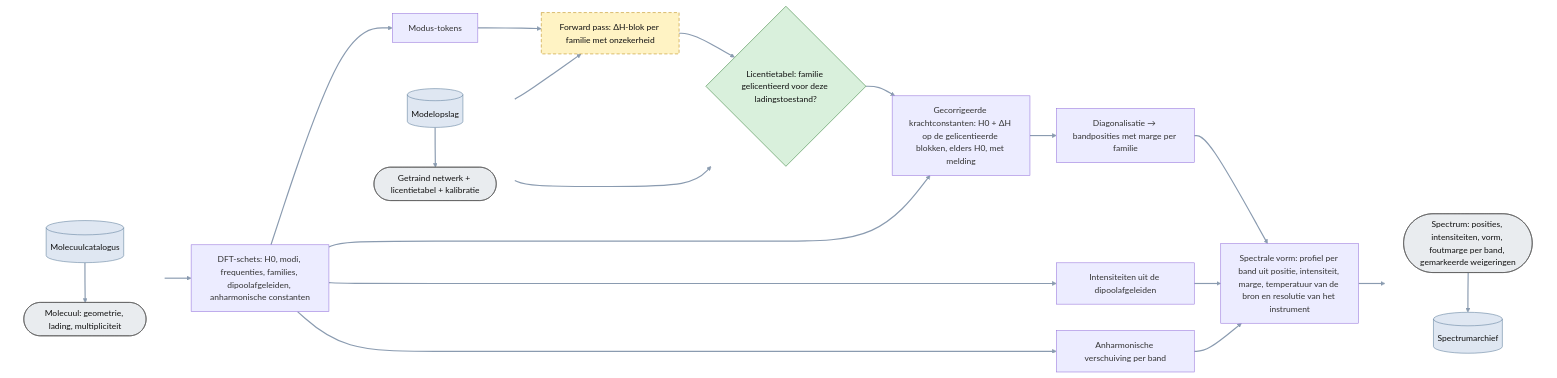
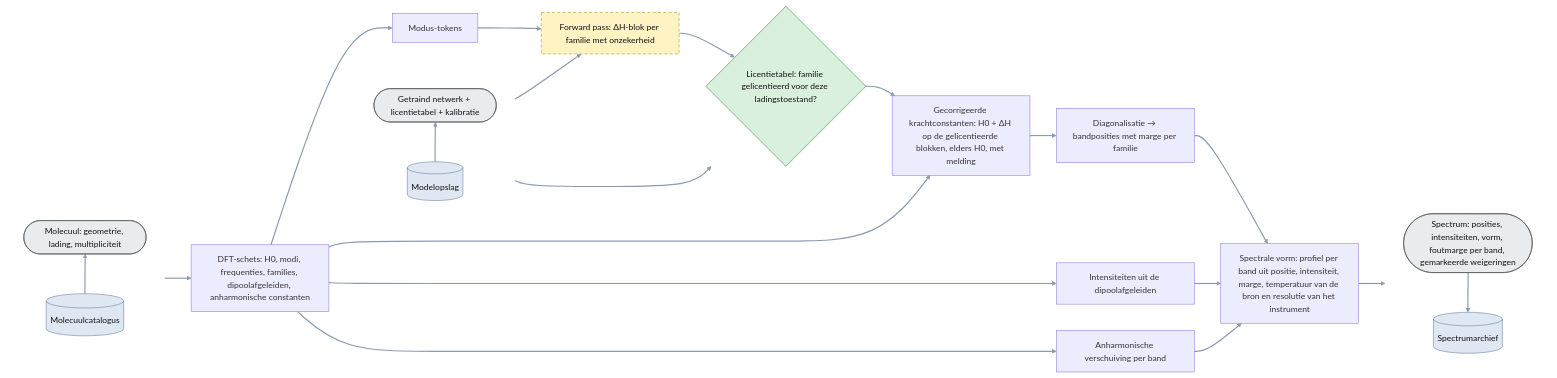
Before and after one commit to thebreadishard/udacity-capstone-plan: the diagram in plans/05_delta-probed-ir-pipeline/GoalGathering/architecture/30_pipeline.mmd, drawn with Mermaid. The commit also changed 5 other files, not shown here.

Commit message:
Plan 05 architecture: input stores drawn below their data objects with the arrow pointing up (direction BT), output stores below with the arrow down; all sheets

```diff
--- a/plans/05_delta-probed-ir-pipeline/GoalGathering/architecture/30_pipeline.mmd
+++ b/plans/05_delta-probed-ir-pipeline/GoalGathering/architecture/30_pipeline.mmd
@@ -1,51 +1,51 @@
 %% Pipeline (niveau 3): wat er staat als onderzoek en training klaar zijn. Een molecuul zonder laboratoriumspectrum in, een spectrum met foutmarge uit.
 %% Rechthoek = processtap; ronde uiteinden = data-object; cilinder = opslag (onder het data-object); ruit = poort. Gestippeld = nog niet gebouwd. De forward pass is één figuurtje.
 flowchart LR
   linkStyle default stroke:#8a9bb0,stroke-width:2.2px
   classDef planned stroke-dasharray: 6 4,stroke:#b8860b,fill:#fff3c4,color:#111
   classDef data fill:#e9ecef,stroke:#555,color:#111
   classDef gate fill:#d9f0dc,stroke:#2e7d32,color:#111
   classDef store fill:#dfe7f2,stroke:#5b7a99,color:#111
   classDef ext fill:#cfd8e3,stroke:#3d5a80,color:#111
 
   subgraph IN [" "]
-    direction TB
+    direction BT
     MOL(["Molecuul: geometrie, lading, multipliciteit"]):::data
     CAT[("Molecuulcatalogus")]:::store
     CAT --> MOL
   end
   SK["DFT-schets: H0, modi, frequenties, families, dipoolafgeleiden, anharmonische constanten"]
   TOK["Modus-tokens"]
   subgraph MD [" "]
-    direction TB
+    direction BT
     NETW(["Getraind netwerk + licentietabel + kalibratie"]):::data
     MODELS[("Modelopslag")]:::store
     MODELS --> NETW
   end
   FWD["Forward pass: ΔH-blok per familie met onzekerheid"]:::planned
   GATE{"Licentietabel: familie gelicentieerd voor deze ladingstoestand?"}:::gate
   APPLY["Gecorrigeerde krachtconstanten: H0 + ΔH op de gelicentieerde blokken, elders H0, met melding"]
   EIG["Diagonalisatie → bandposities met marge per familie"]
   INT["Intensiteiten uit de dipoolafgeleiden"]
   ANH["Anharmonische verschuiving per band"]
   SHAPE["Spectrale vorm: profiel per band uit positie, intensiteit, marge, temperatuur van de bron en resolutie van het instrument"]
   subgraph OUT [" "]
     direction TB
     SPEC(["Spectrum: posities, intensiteiten, vorm, foutmarge per band, gemarkeerde weigeringen"]):::data
     SPECS[("Spectrumarchief")]:::store
     SPEC --> SPECS
   end
   style IN fill:none,stroke:none
   style MD fill:none,stroke:none
   style OUT fill:none,stroke:none
 
   MOL --> SK --> TOK --> FWD
   NETW --> FWD
   FWD --> GATE
   NETW --> GATE
   GATE --> APPLY
   SK --> APPLY
   APPLY --> EIG --> SHAPE
   SK --> INT --> SHAPE
   SK --> ANH --> SHAPE
   SHAPE --> SPEC
```
